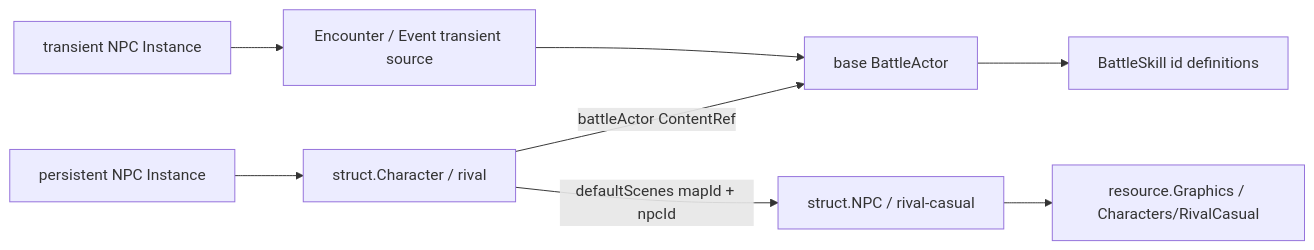
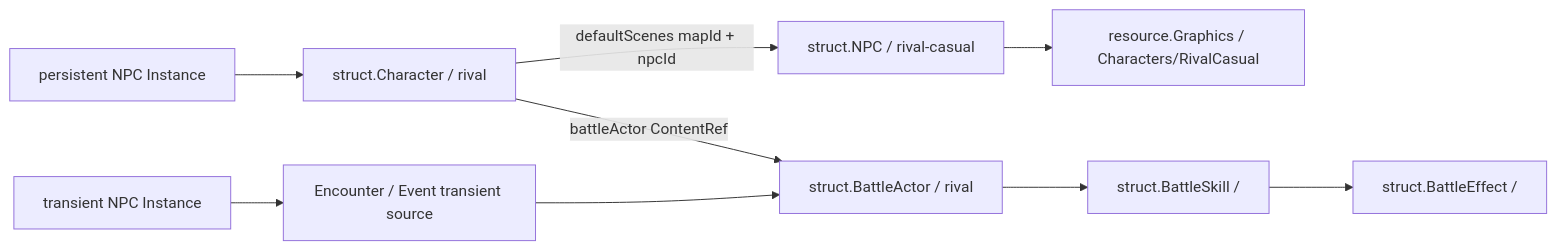
Before and after one commit to lithdoo/loom-realm: the third of 11 diagrams in examples/PokeMan/doc/65-data-model-diagram.md, drawn with Mermaid. The commit also changed other lines of this file, not shown here.

Commit message:
docs(PokeMan): sync data model diagram

````diff
--- a/examples/PokeMan/doc/65-data-model-diagram.md
+++ b/examples/PokeMan/doc/65-data-model-diagram.md
@@ -102,12 +112,13 @@
 ```mermaid
 flowchart LR
-  Character["struct.Character / rival"] -->|battleActor ContentRef| BaseActor["base BattleActor"]
+  Character["struct.Character / rival"] -->|battleActor ContentRef| BaseActor["struct.BattleActor / rival"]
   Character -->|defaultScenes mapId + npcId| NPCDef["struct.NPC / rival-casual"]
   NPCDef --> Sprite["resource.Graphics / Characters/RivalCasual"]
 
   PersistentInstance["persistent NPC Instance"] --> Character
   TransientSource["Encounter / Event transient source"] --> BaseActor
   TransientInstance["transient NPC Instance"] --> TransientSource
 
-  BaseActor --> Skills["BattleSkill id definitions"]
+  BaseActor --> Skills["struct.BattleSkill / <skillId>"]
+  Skills --> Effect["struct.BattleEffect / <effectId>"]
 ```
````
